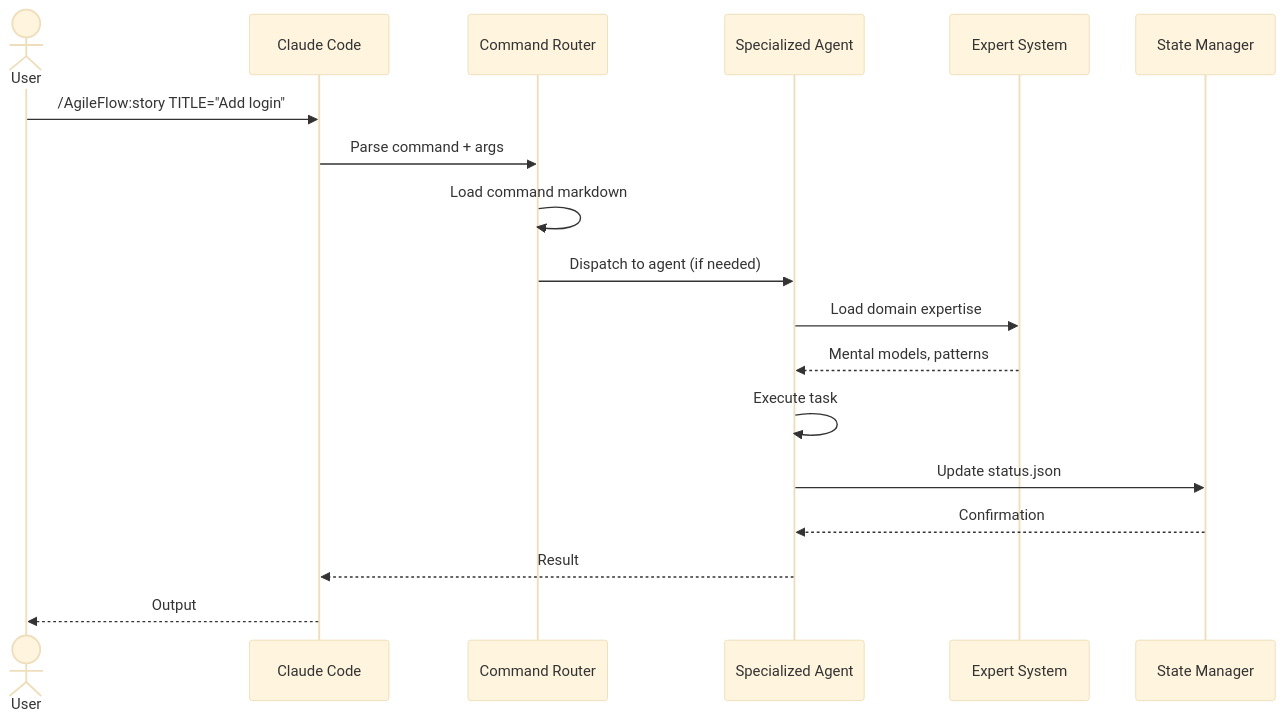
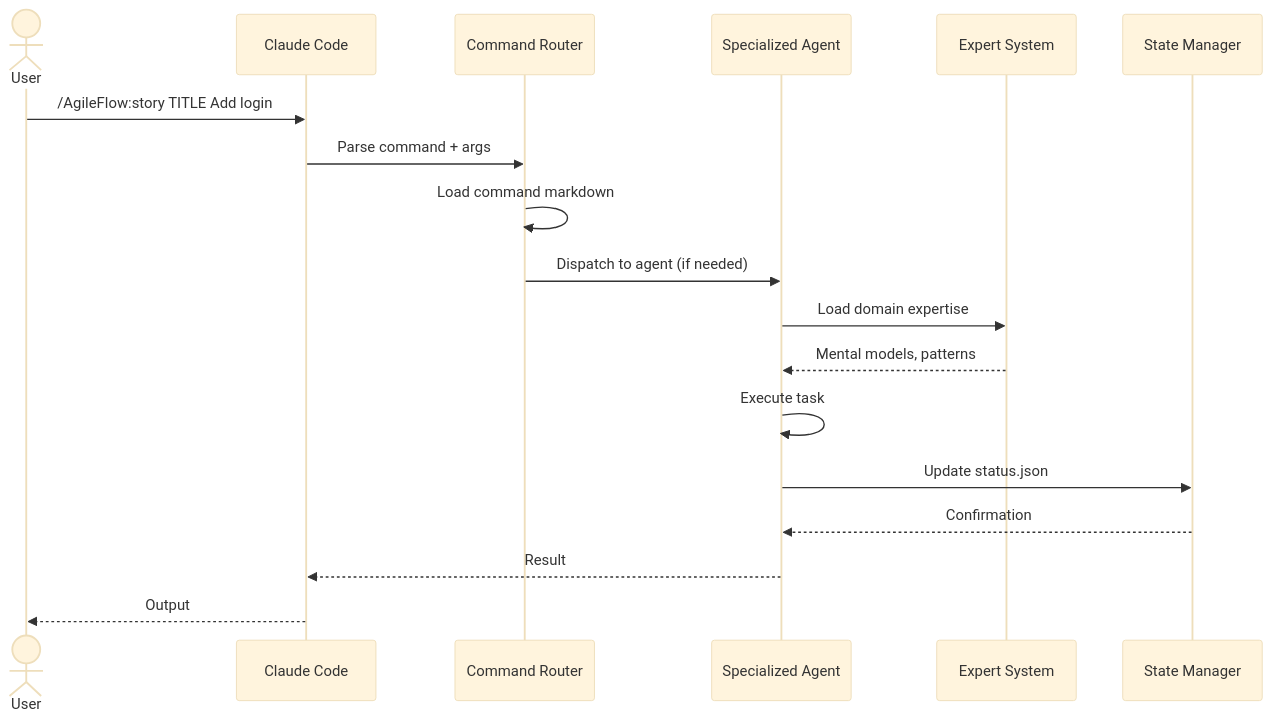
The third of 8 diagrams in docs/04-architecture/agileflow-cli-overview.md (xloxn69/AgileFlow), drawn with Mermaid (base theme) before and after one commit. The commit also changed 4 other files, not shown here.

Commit message:
fix: escape special characters in mermaid diagrams for GitHub rendering

````diff
--- a/docs/04-architecture/agileflow-cli-overview.md
+++ b/docs/04-architecture/agileflow-cli-overview.md
@@ -94,28 +94,28 @@
 ```mermaid
 sequenceDiagram
   accTitle: Command Execution Flow
   accDescr: Shows how a slash command is executed from start to finish
 
   actor User
   participant CC as Claude Code
   participant Router as Command Router
   participant Agent as Specialized Agent
   participant Expert as Expert System
   participant State as State Manager
 
-  User->>CC: /AgileFlow:story TITLE="Add login"
+  User->>CC: /AgileFlow:story TITLE Add login
   CC->>Router: Parse command + args
 
   Router->>Router: Load command markdown
   Router->>Agent: Dispatch to agent (if needed)
 
   Agent->>Expert: Load domain expertise
   Expert-->>Agent: Mental models, patterns
 
   Agent->>Agent: Execute task
   Agent->>State: Update status.json
 
   State-->>Agent: Confirmation
   Agent-->>CC: Result
   CC-->>User: Output
 ```
````
